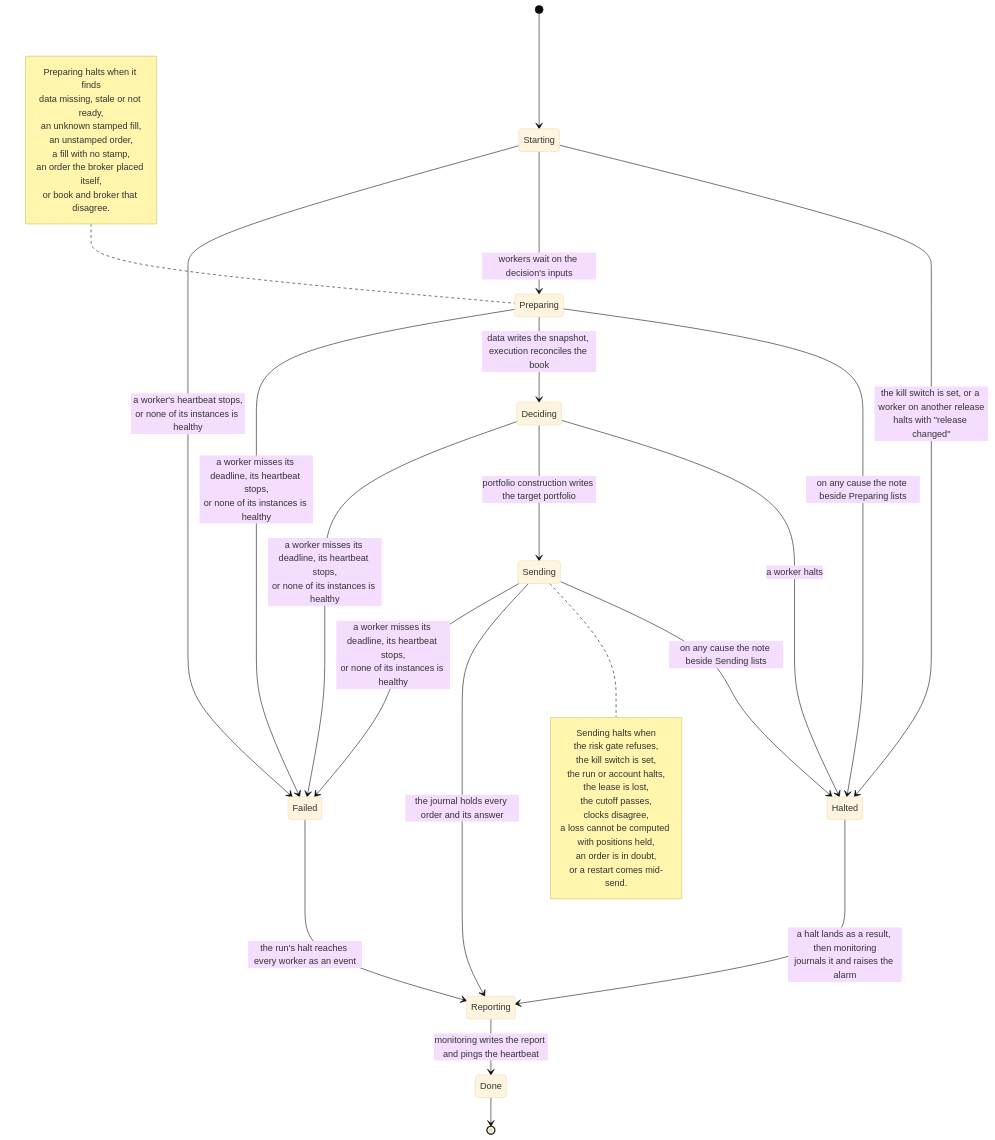
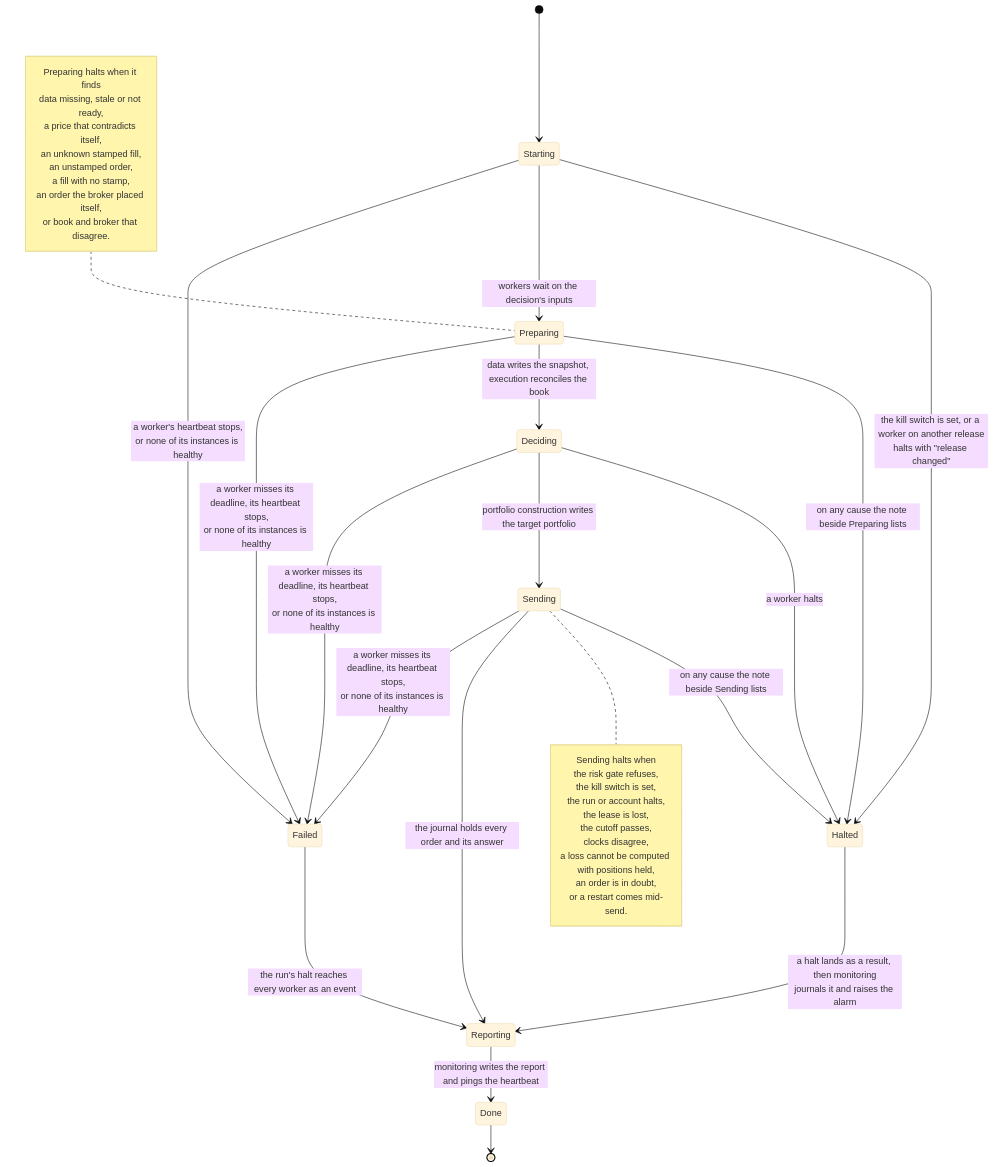
Before and after one commit to l3a0/ithildin-runtime: diagram 18 of 18 in docs/architecture/06-runtime.md, drawn with Mermaid (base theme). The commit also changed other lines of this file and 14 other files, not shown here.

````diff
--- a/docs/architecture/06-runtime.md
+++ b/docs/architecture/06-runtime.md
@@ -1163,41 +1163,42 @@
 ```mermaid
 stateDiagram-v2
     [*] --> Starting
     Starting --> Halted: the kill switch is set, or a worker on another release<br/>halts with "release changed"
     Starting --> Preparing: workers wait on the decision's inputs
     Preparing --> Halted: on any cause the note beside Preparing lists
     note left of Preparing
         Preparing halts when it finds
         data missing, stale or not ready,
+        a price that contradicts itself,
         an unknown stamped fill,
         an unstamped order,
         a fill with no stamp,
         an order the broker placed itself,
         or book and broker that disagree.
     end note
     Preparing --> Deciding: data writes the snapshot, execution reconciles the book
     Deciding --> Halted: a worker halts
     Deciding --> Sending: portfolio construction writes the target portfolio
     Sending --> Halted: on any cause the note beside Sending lists
     note right of Sending
         Sending halts when
         the risk gate refuses,
         the kill switch is set,
         the run or account halts,
         the lease is lost,
         the cutoff passes,
         clocks disagree,
         a loss cannot be computed with positions held,
         an order is in doubt,
         or a restart comes mid-send.
     end note
     Sending --> Reporting: the journal holds every order and its answer
     Halted --> Reporting: a halt lands as a result, then monitoring<br/>journals it and raises the alarm
     Reporting --> Done: monitoring writes the report and pings the heartbeat
     Done --> [*]
     Starting --> Failed: a worker's heartbeat stops,<br/>or none of its instances is healthy
     Preparing --> Failed: a worker misses its deadline, its heartbeat stops,<br/>or none of its instances is healthy
     Deciding --> Failed: a worker misses its deadline, its heartbeat stops,<br/>or none of its instances is healthy
     Sending --> Failed: a worker misses its deadline, its heartbeat stops,<br/>or none of its instances is healthy
     Failed --> Reporting: the run's halt reaches every worker as an event
 ```
````
